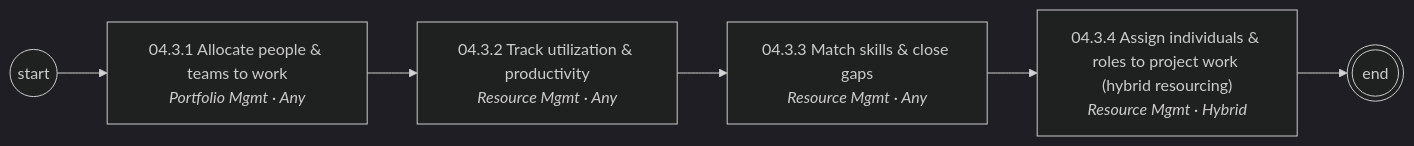
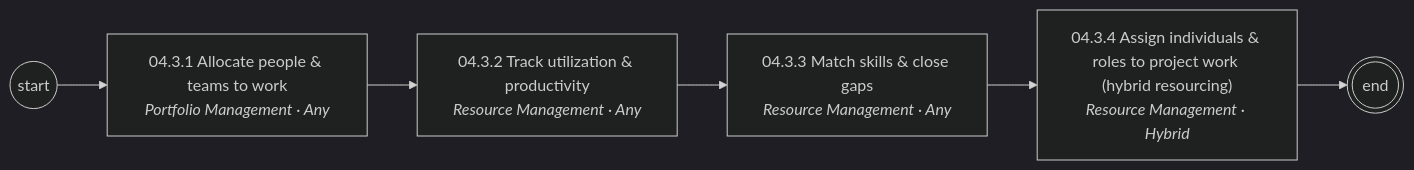
Before and after one commit to corbyjames/apptio-process-catalog: the fourth of 6 diagrams in diagrams/mermaid/area-04.md, drawn with Mermaid (dark theme). The commit also changed other lines of this file and 251 other files, not shown here.

````diff
--- a/diagrams/mermaid/area-04.md
+++ b/diagrams/mermaid/area-04.md
@@ -53,13 +53,13 @@
 ```mermaid
 flowchart LR
   S((start))
-  N04_3_1["04.3.1 Allocate people & teams to work<br/><i>Portfolio Mgmt · Any</i>"]
+  N04_3_1["04.3.1 Allocate people & teams to work<br/><i>Portfolio Management · Any</i>"]
   S --> N04_3_1
-  N04_3_2["04.3.2 Track utilization & productivity<br/><i>Resource Mgmt · Any</i>"]
+  N04_3_2["04.3.2 Track utilization & productivity<br/><i>Resource Management · Any</i>"]
   N04_3_1 --> N04_3_2
-  N04_3_3["04.3.3 Match skills & close gaps<br/><i>Resource Mgmt · Any</i>"]
+  N04_3_3["04.3.3 Match skills & close gaps<br/><i>Resource Management · Any</i>"]
   N04_3_2 --> N04_3_3
-  N04_3_4["04.3.4 Assign individuals & roles to project work (hybrid resourcing)<br/><i>Resource Mgmt · Hybrid</i>"]
+  N04_3_4["04.3.4 Assign individuals & roles to project work (hybrid resourcing)<br/><i>Resource Management · Hybrid</i>"]
   N04_3_3 --> N04_3_4
   N04_3_4 --> E(((end)))
 ```
````
